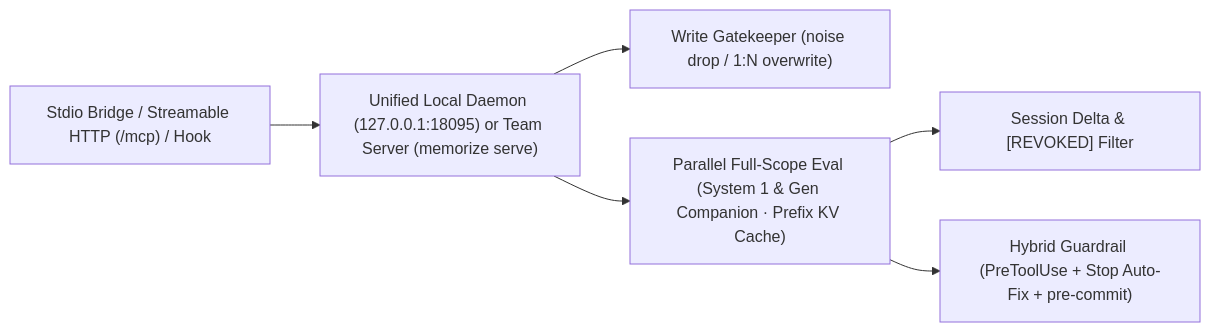
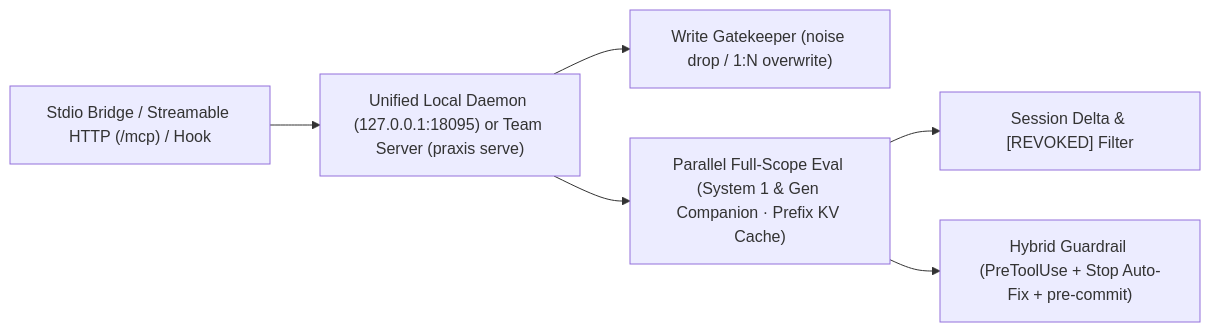
One commit to marbasdev/memorize changed the diagram in ARCHITECTURE.md. Above: the diagram before and after it, drawn with Mermaid. The commit also changed other lines of this file and 171 other files, not shown here.

First line of the commit message:
refactor!: rebrand memorize to praxis (clean cutover, v1.2.0)

````diff
--- a/ARCHITECTURE.md
+++ b/ARCHITECTURE.md
@@ -7,8 +7,8 @@
 ```mermaid
 flowchart LR
-    A["Stdio Bridge / Streamable HTTP (/mcp) / Hook"] --> B["Unified Local Daemon (127.0.0.1:18095) or Team Server (memorize serve)"]
+    A["Stdio Bridge / Streamable HTTP (/mcp) / Hook"] --> B["Unified Local Daemon (127.0.0.1:18095) or Team Server (praxis serve)"]
     B --> C["Write Gatekeeper (noise drop / 1:N overwrite)"]
     B --> D["Parallel Full-Scope Eval (System 1 & Gen Companion · Prefix KV Cache)"]
     D --> E["Session Delta & [REVOKED] Filter"]
     D --> F["Hybrid Guardrail (PreToolUse + Stop Auto-Fix + pre-commit)"]
 ```
````
